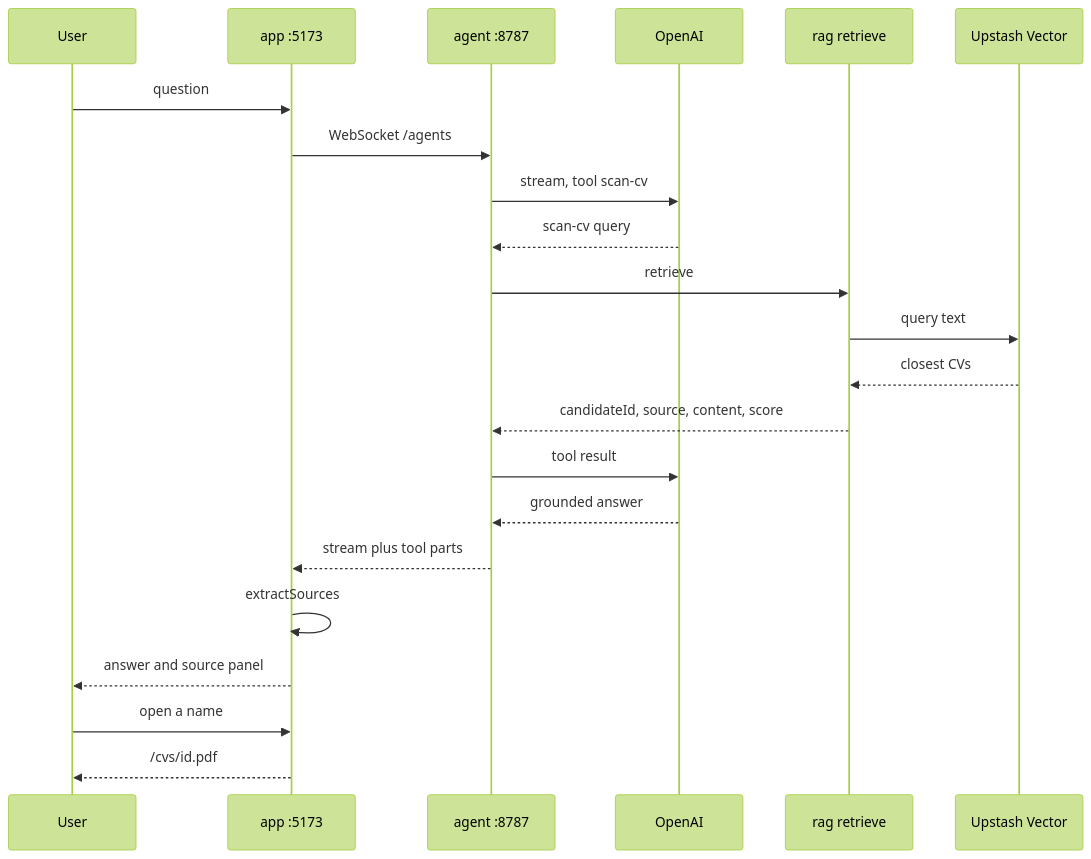
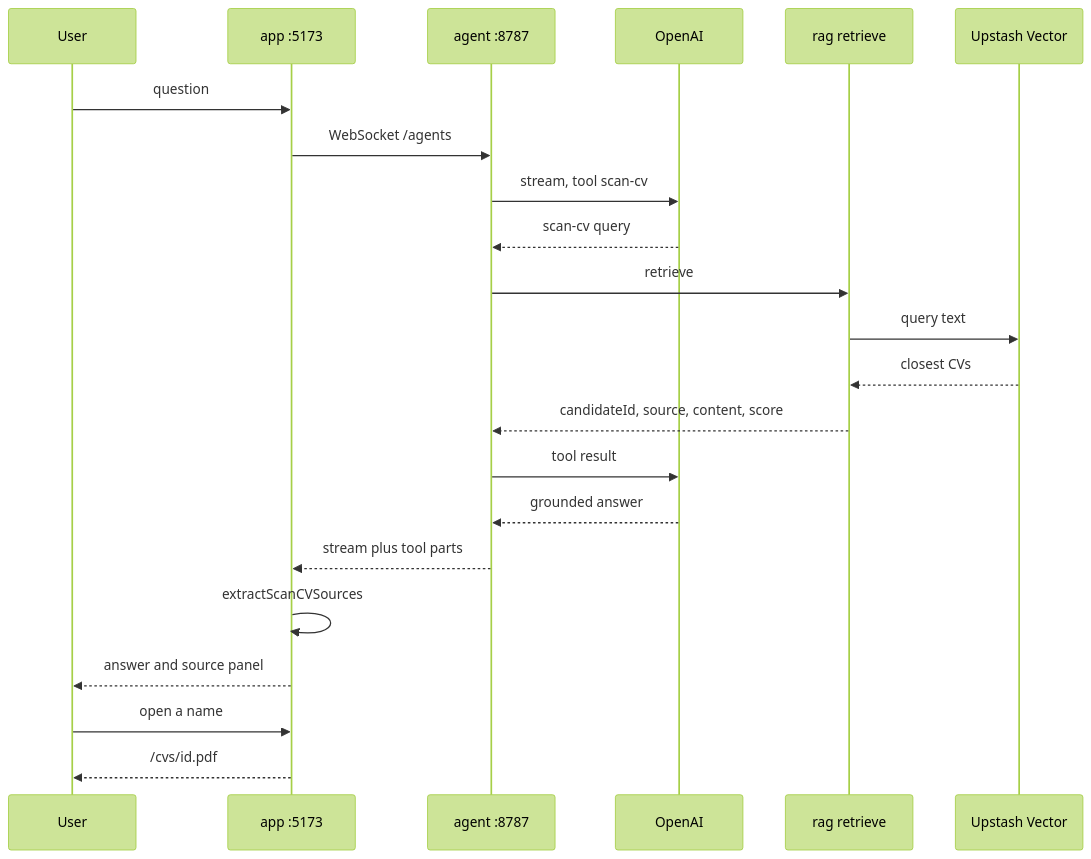
The fourth of 4 diagrams in context/workflow.md (tictools/cv-scanner), drawn with Mermaid (forest theme) before and after one commit. The commit also changed other lines of this file and 43 other files, not shown here.

````diff
--- a/context/workflow.md
+++ b/context/workflow.md
@@ -79,25 +79,25 @@
 ```mermaid
 sequenceDiagram
     participant User
     participant App as app :5173
     participant Agent as agent :8787
     participant Model as OpenAI
     participant Rag as rag retrieve
     participant Store as Upstash Vector
 
     User->>App: question
     App->>Agent: WebSocket /agents
     Agent->>Model: stream, tool scan-cv
     Model-->>Agent: scan-cv query
     Agent->>Rag: retrieve
     Rag->>Store: query text
     Store-->>Rag: closest CVs
     Rag-->>Agent: candidateId, source, content, score
     Agent->>Model: tool result
     Model-->>Agent: grounded answer
     Agent-->>App: stream plus tool parts
-    App->>App: extractSources
+    App->>App: extractScanCVSources
     App-->>User: answer and source panel
     User->>App: open a name
     App-->>User: /cvs/id.pdf
 ```
````
